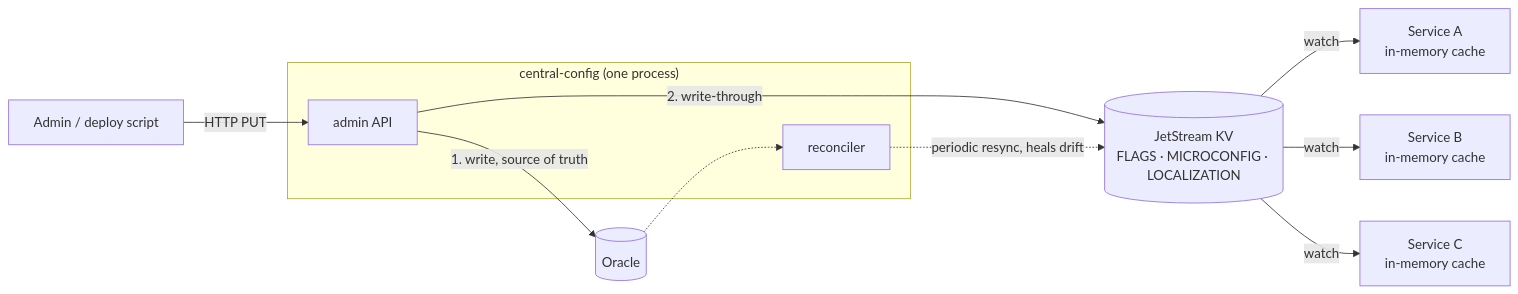
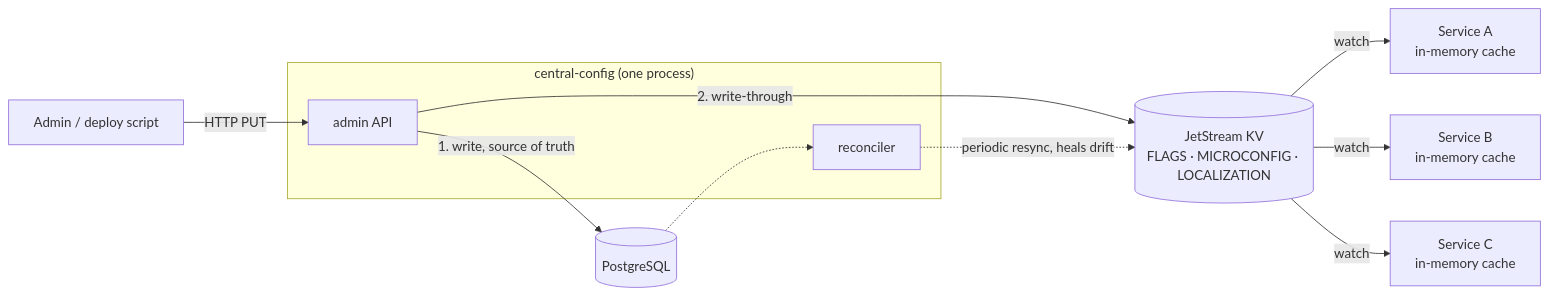
Before and after one commit to AliAladraj/Central-Config-Stream: the diagram in README.md, drawn with Mermaid. The commit also changed other lines of this file and 14 other files, not shown here.

First line of the commit message:
docs: describe PostgreSQL as the production database

````diff
--- a/README.md
+++ b/README.md
@@ -198,17 +200,17 @@
 ```mermaid
 flowchart LR
     admin[Admin / deploy script] -->|HTTP PUT| cc
 
     subgraph proc["central-config (one process)"]
         cc[admin API]
         rec[reconciler]
     end
 
-    cc -->|1. write, source of truth| ora[(Oracle)]
+    cc -->|1. write, source of truth| pg[(PostgreSQL)]
     cc -->|2. write-through| kv[(JetStream KV<br/>FLAGS · MICROCONFIG · LOCALIZATION)]
     rec -.->|periodic resync, heals drift| kv
-    ora -.-> rec
+    pg -.-> rec
     kv -->|watch| s1[Service A<br/>in-memory cache]
     kv -->|watch| s2[Service B<br/>in-memory cache]
     kv -->|watch| s3[Service C<br/>in-memory cache]
 ```
````
